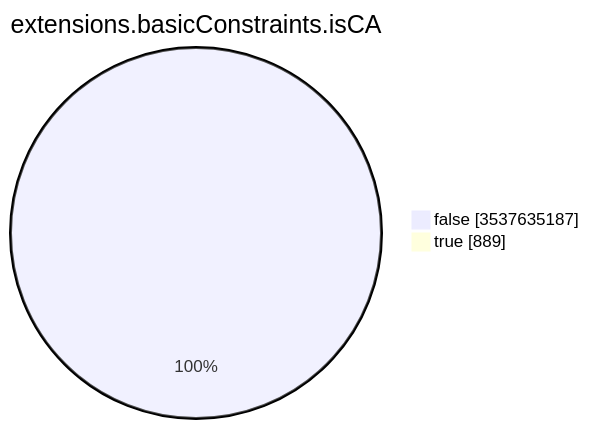
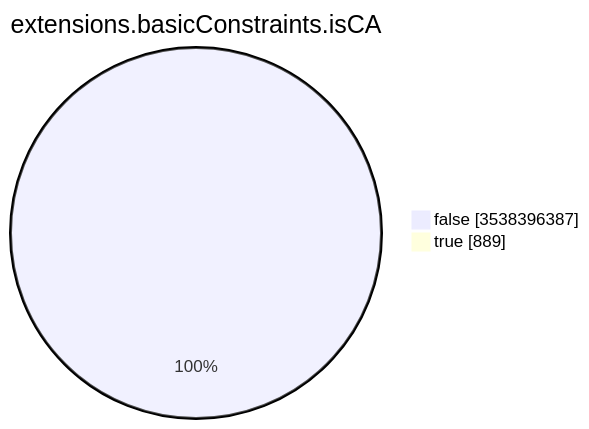
Before and after one commit to christiankrug/ctmonitor_visualization: the seventh of 15 diagrams in TOTAL/README.md, drawn with Mermaid. The commit also changed other lines of this file, not shown here.

````diff
--- a/TOTAL/README.md
+++ b/TOTAL/README.md
@@ -3094,6 +3094,6 @@
 ```mermaid
 pie showData
 title extensions.basicConstraints.isCA
-"false" :3537635187
+"false" :3538396387
 "true" :889
 ```
````
